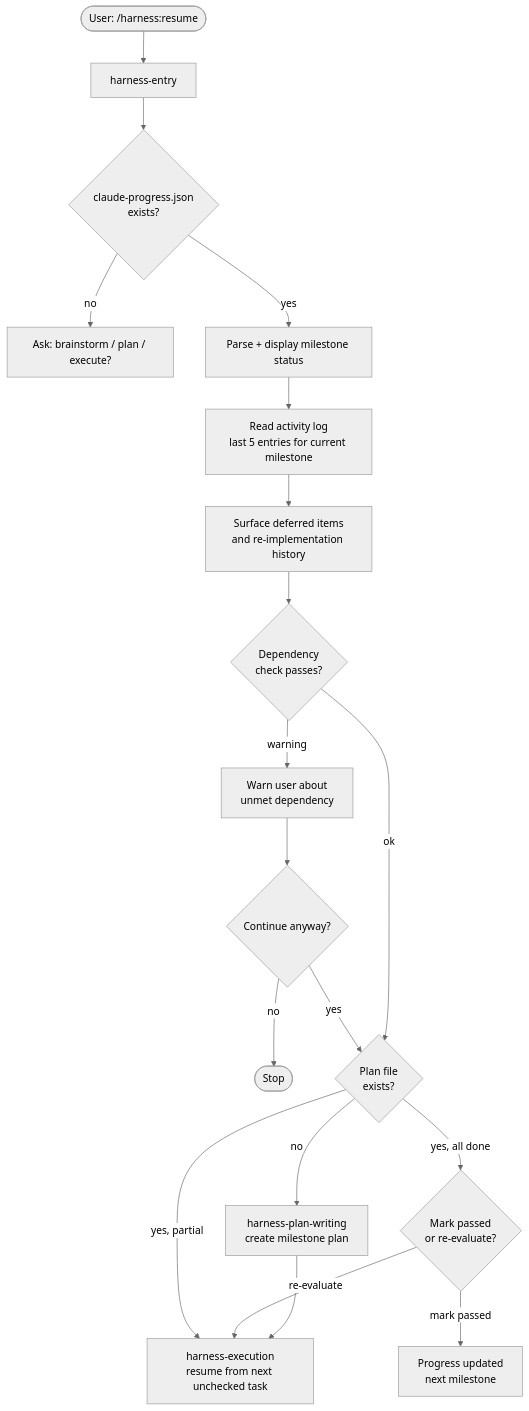
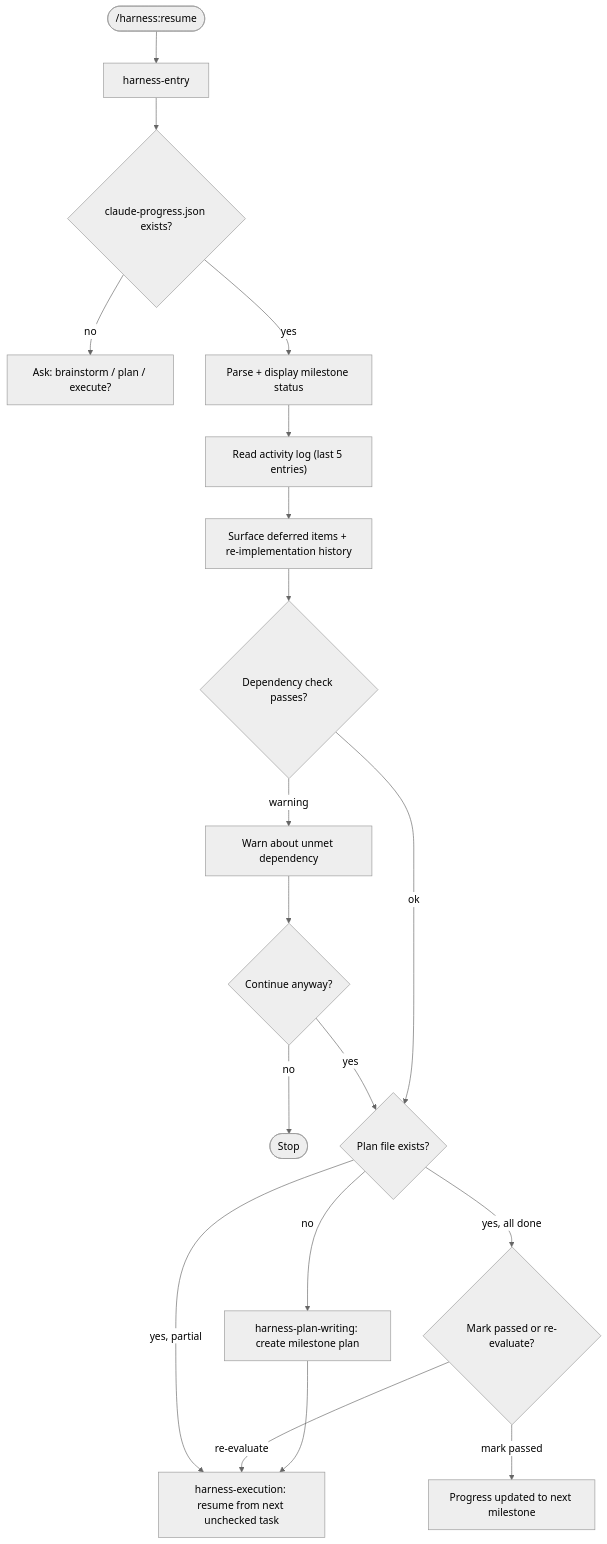
Before and after one commit to kuicao55/super-harness: the second of 3 diagrams in README.md, drawn with Mermaid (neutral theme). The commit also changed other lines of this file, not shown here.

First line of the commit message:
fix: correct Mermaid diagram syntax for GitHub rendering

````diff
--- a/README.md
+++ b/README.md
@@ -229,21 +229,21 @@
 ```mermaid
 flowchart TD
-    A([User: /harness:resume]) --> B[harness-entry]
-    B --> C{claude-progress.json\nexists?}
-    C -->|no| D[Ask: brainstorm / plan / execute?]
+    A(["/harness:resume"]) --> B[harness-entry]
+    B --> C{"claude-progress.json exists?"}
+    C -->|no| D["Ask: brainstorm / plan / execute?"]
     C -->|yes| E[Parse + display milestone status]
-    E --> F[Read activity log\nlast 5 entries for current milestone]
-    F --> G[Surface deferred items\nand re-implementation history]
-    G --> H{Dependency\ncheck passes?}
-    H -->|warning| I[Warn user about\nunmet dependency]
+    E --> F["Read activity log (last 5 entries)"]
+    F --> G[Surface deferred items + re-implementation history]
+    G --> H{Dependency check passes?}
+    H -->|warning| I[Warn about unmet dependency]
     I --> J{Continue anyway?}
     J -->|no| K([Stop])
     J -->|yes| L
-    H -->|ok| L{Plan file\nexists?}
-    L -->|no| M[harness-plan-writing\ncreate milestone plan]
-    L -->|yes, partial| N[harness-execution\nresume from next unchecked task]
-    L -->|yes, all done| O{Mark passed\nor re-evaluate?}
-    O -->|mark passed| P[Progress updated\nnext milestone]
+    H -->|ok| L{Plan file exists?}
+    L -->|no| M["harness-plan-writing: create milestone plan"]
+    L -->|"yes, partial"| N["harness-execution: resume from next unchecked task"]
+    L -->|"yes, all done"| O{Mark passed or re-evaluate?}
+    O -->|mark passed| P[Progress updated to next milestone]
     O -->|re-evaluate| N
     M --> N
 ```
````
